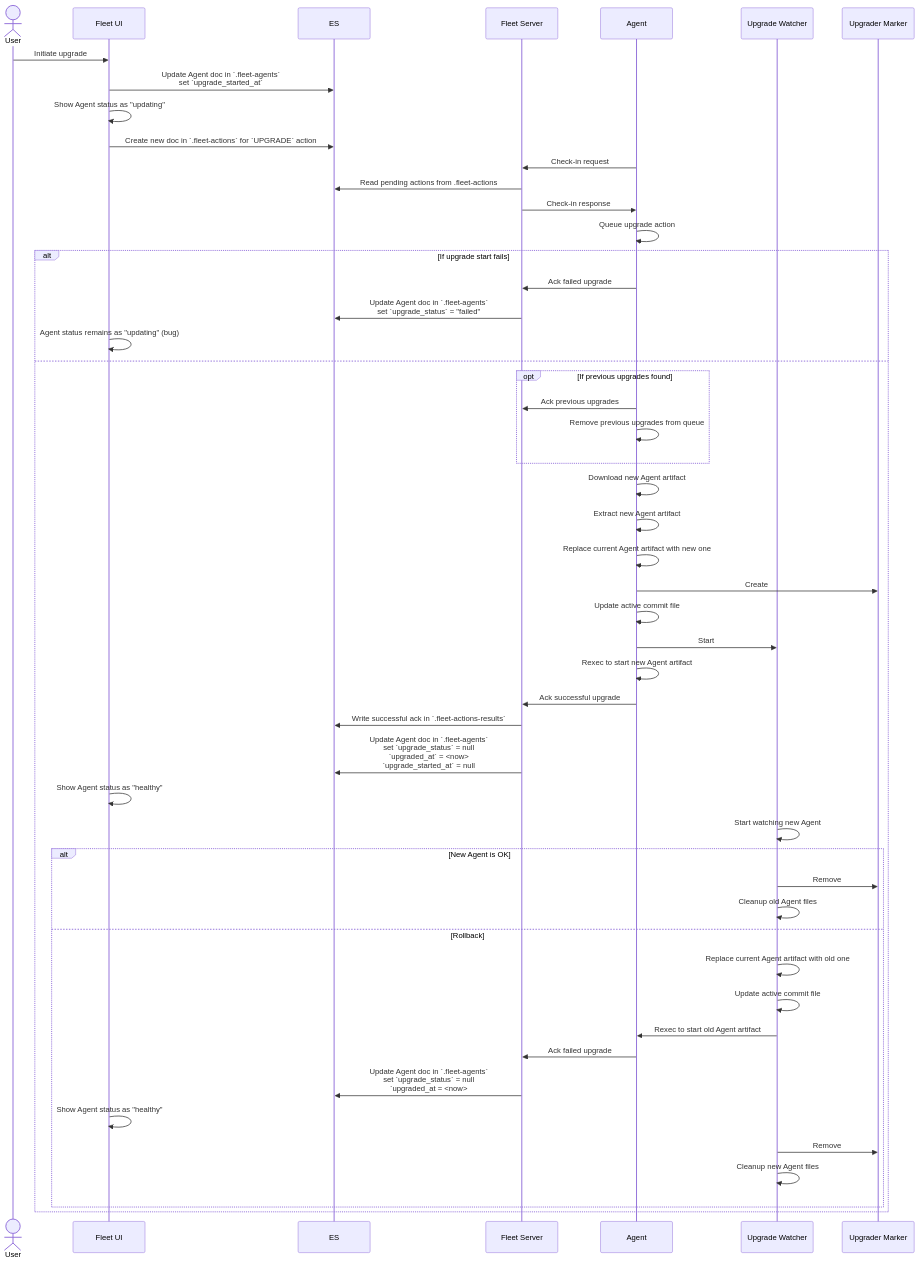
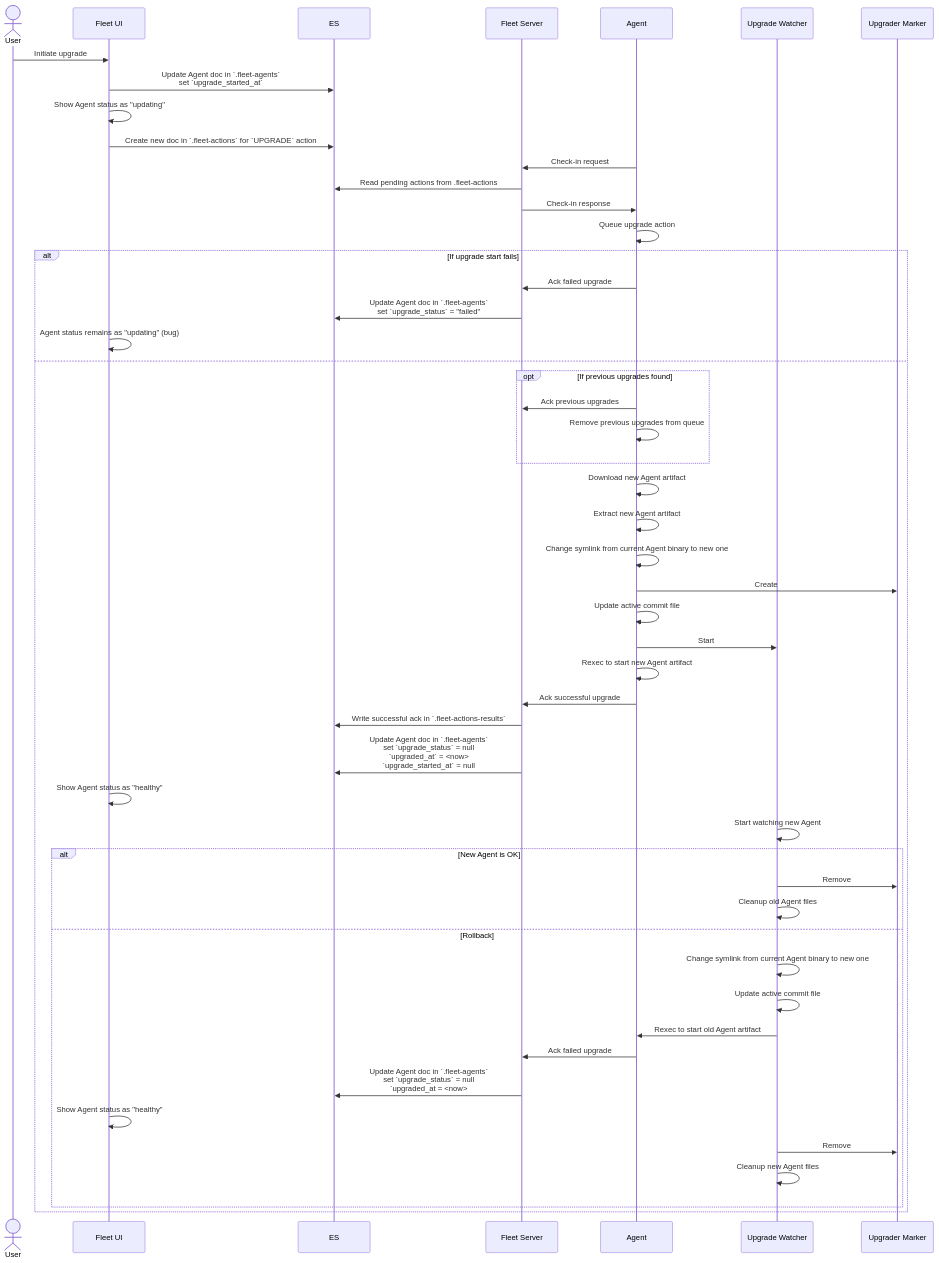
Before and after one commit to elastic/elastic-agent: the diagram in docs/upgrades.md, drawn with Mermaid.

Commit message:
Use clearer wording

````diff
--- a/docs/upgrades.md
+++ b/docs/upgrades.md
@@ -10,54 +10,54 @@
 ```mermaid
 sequenceDiagram
     actor U as User
     participant UI as Fleet UI
     participant ES
     participant FS as Fleet Server
     participant A as Agent
     participant UW as Upgrade Watcher
     participant UM as Upgrader Marker
 
     U->>UI: Initiate upgrade
     UI->>ES: Update Agent doc in `.fleet-agents`<br />set `upgrade_started_at`
     UI->>UI: Show Agent status as "updating"
     UI->>ES: Create new doc in `.fleet-actions` for `UPGRADE` action
     A->>FS: Check-in request
     FS->>ES: Read pending actions from .fleet-actions
     FS->>A: Check-in response
     A->>A: Queue upgrade action
     alt If upgrade start fails
        A->>FS: Ack failed upgrade
        FS->>ES: Update Agent doc in `.fleet-agents`<br />set `upgrade_status` = "failed"
        UI->>UI: Agent status remains as "updating" (bug)
     else
        opt If previous upgrades found
           A->>FS: Ack previous upgrades
           A->>A: Remove previous upgrades from queue
        end
        A->>A: Download new Agent artifact
        A->>A: Extract new Agent artifact
-       A->>A: Replace current Agent artifact with new one
+       A->>A: Change symlink from current Agent binary to new one
        A->>UM: Create
        A->>A: Update active commit file
        A->>UW: Start
        A->>A: Rexec to start new Agent artifact
        A->>FS: Ack successful upgrade
        FS->>ES: Write successful ack in `.fleet-actions-results`
        FS->>ES: Update Agent doc in `.fleet-agents`<br />set `upgrade_status` = null<br />`upgraded_at` = <now><br />`upgrade_started_at` = null
        UI->>UI: Show Agent status as "healthy"
        UW->>UW: Start watching new Agent
        alt New Agent is OK
          UW->>UM: Remove
          UW->>UW: Cleanup old Agent files
        else Rollback
-         UW->>UW: Replace current Agent artifact with old one
+         UW->>UW: Change symlink from current Agent binary to new one
          UW->>UW: Update active commit file
          UW->>A: Rexec to start old Agent artifact
          A->>FS: Ack failed upgrade
          FS->>ES: Update Agent doc in `.fleet-agents`<br />set `upgrade_status` = null<br />`upgraded_at = <now>
          UI->>UI: Show Agent status as "healthy"
          UW->>UM: Remove
          UW->>UW: Cleanup new Agent files
        end
     end
 ```
````
